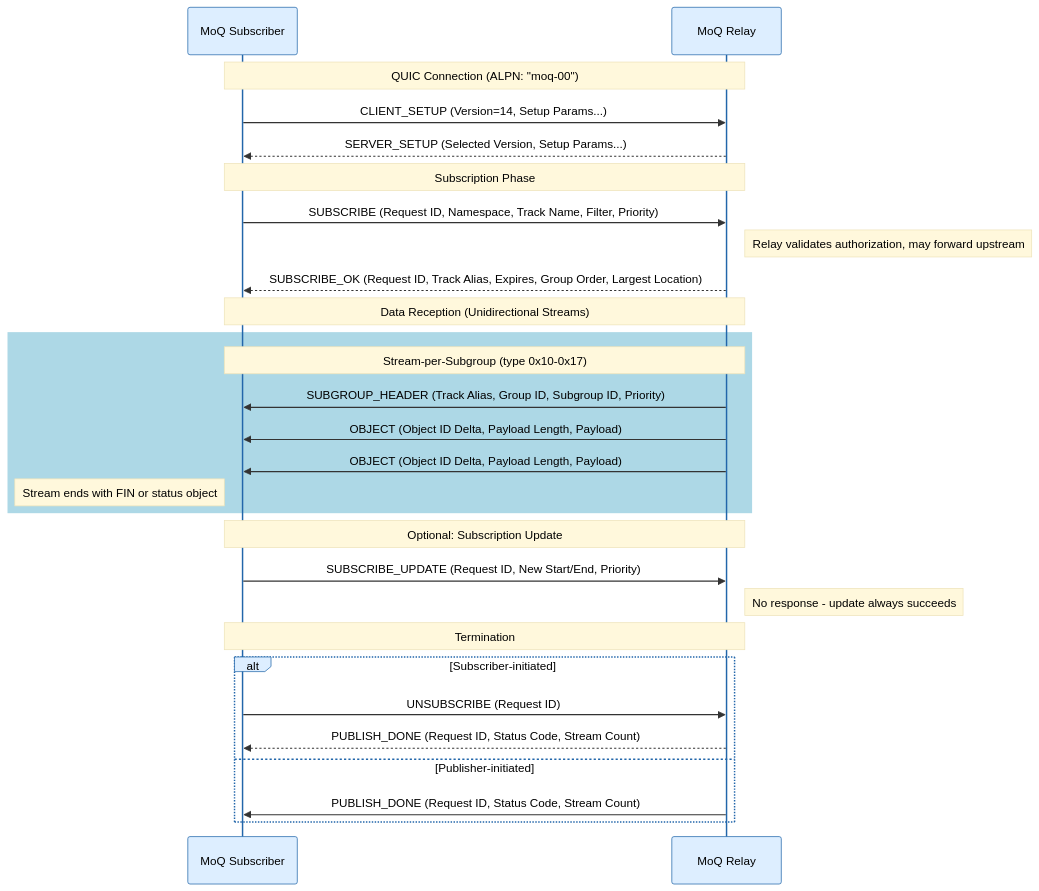
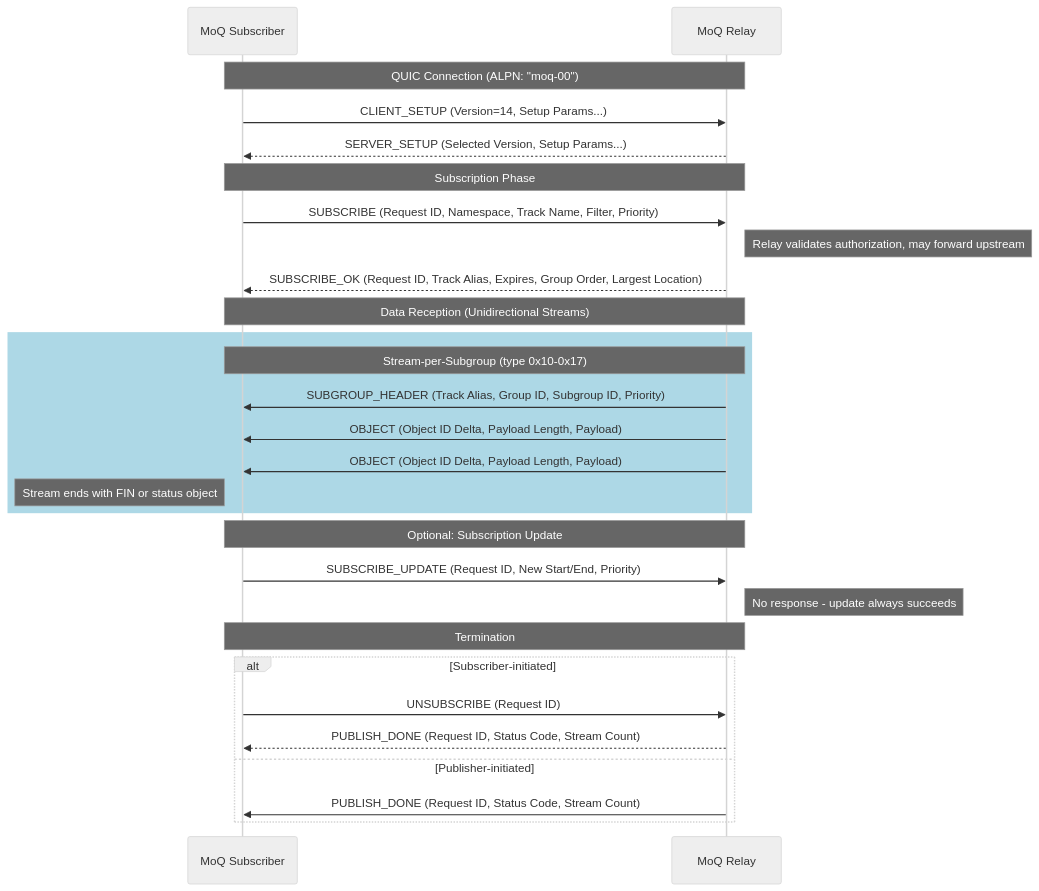
Before and after one commit to mondain/moq-flutter: the diagram in docs/SubscribeSequence.md, drawn with Mermaid. The commit also changed 1 other file, not shown here.

Commit message:
Switch sequence diagrams to neutral theme for better contrast
The neutral theme renders readable text in both light and dark modes.

````diff
--- a/docs/SubscribeSequence.md
+++ b/docs/SubscribeSequence.md
@@ -5,36 +5,36 @@
 ```mermaid
-%%{init: {'theme': 'base', 'themeVariables': { 'primaryColor': '#e8f4fc', 'primaryTextColor': '#000000', 'primaryBorderColor': '#2266aa', 'lineColor': '#333333', 'secondaryColor': '#f0f0f0', 'tertiaryColor': '#ffffff', 'noteBkgColor': '#fff8dc', 'noteTextColor': '#000000', 'actorTextColor': '#000000', 'actorBkg': '#ddeeff', 'actorBorder': '#2266aa', 'signalColor': '#333333', 'signalTextColor': '#000000'}}}%%
+%%{init: {'theme': 'neutral'}}%%
 sequenceDiagram
     participant Sub as MoQ Subscriber
     participant Relay as MoQ Relay
 
     Note over Sub, Relay: QUIC Connection (ALPN: "moq-00")
     Sub->>Relay: CLIENT_SETUP (Version=14, Setup Params...)
     Relay-->>Sub: SERVER_SETUP (Selected Version, Setup Params...)
 
     Note over Sub, Relay: Subscription Phase
     Sub->>Relay: SUBSCRIBE (Request ID, Namespace, Track Name, Filter, Priority)
     Note right of Relay: Relay validates authorization, may forward upstream
     Relay-->>Sub: SUBSCRIBE_OK (Request ID, Track Alias, Expires, Group Order, Largest Location)
 
     Note over Sub, Relay: Data Reception (Unidirectional Streams)
     rect rgb(173, 216, 230)
     Note over Sub, Relay: Stream-per-Subgroup (type 0x10-0x17)
     Relay->>Sub: SUBGROUP_HEADER (Track Alias, Group ID, Subgroup ID, Priority)
     Relay->>Sub: OBJECT (Object ID Delta, Payload Length, Payload)
     Relay->>Sub: OBJECT (Object ID Delta, Payload Length, Payload)
     Note left of Sub: Stream ends with FIN or status object
     end
 
     Note over Sub, Relay: Optional: Subscription Update
     Sub->>Relay: SUBSCRIBE_UPDATE (Request ID, New Start/End, Priority)
     Note right of Relay: No response - update always succeeds
 
     Note over Sub, Relay: Termination
     alt Subscriber-initiated
         Sub->>Relay: UNSUBSCRIBE (Request ID)
         Relay-->>Sub: PUBLISH_DONE (Request ID, Status Code, Stream Count)
     else Publisher-initiated
         Relay->>Sub: PUBLISH_DONE (Request ID, Status Code, Stream Count)
     end
 ```
````
